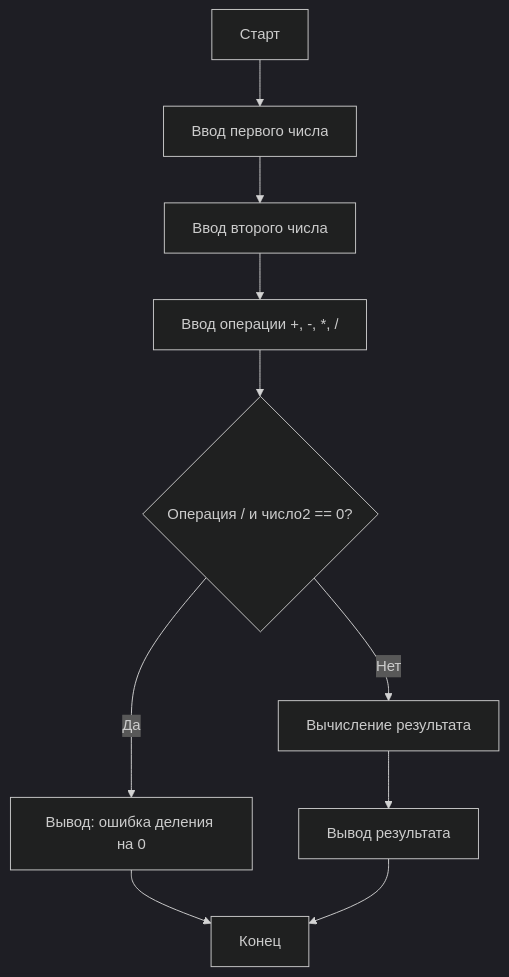
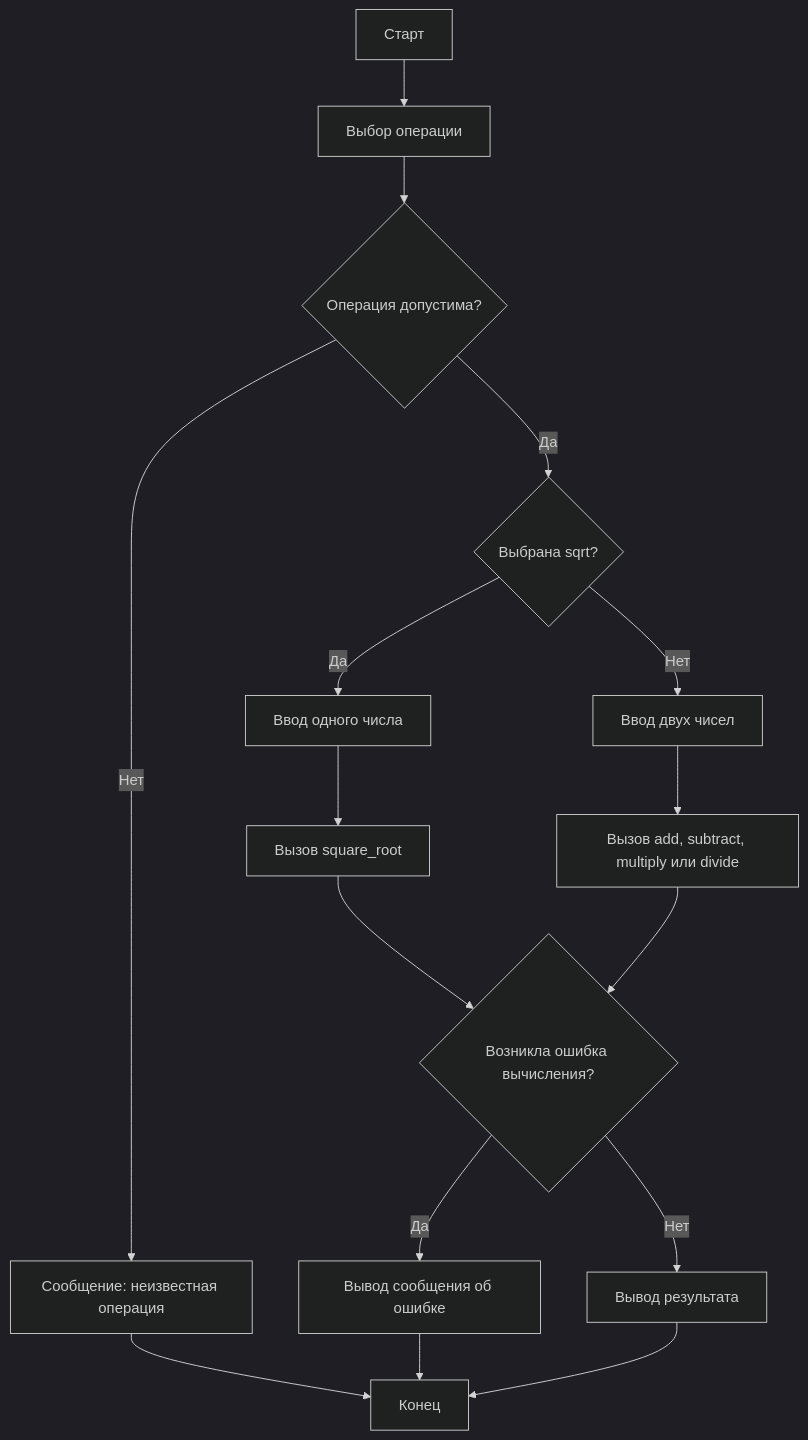
One commit to Punchfromthefuture/calculator changed the diagram in README.md. Above: the diagram before and after it, drawn with Mermaid (dark theme). The commit also changed other lines of this file and 2 other files, not shown here.

Commit message:
feat: добавить квадратный корень с документацией и схемой

````diff
--- a/README.md
+++ b/README.md
@@ -5,12 +5,18 @@
 ```mermaid
 graph TD
-    A[Старт] --> B[Ввод первого числа]
-    B --> C[Ввод второго числа]
-    C --> D[Ввод операции +, -, *, /]
-    D --> E{Операция / и число2 == 0?}
-    E -- Да --> F[Вывод: ошибка деления на 0]
-    E -- Нет --> G[Вычисление результата]
-    G --> H[Вывод результата]
-    F --> I[Конец]
-    H --> I
+    A["Старт"] --> B["Выбор операции"]
+    B --> C{"Операция допустима?"}
+    C -- Нет --> D["Сообщение: неизвестная операция"]
+    C -- Да --> E{"Выбрана sqrt?"}
+    E -- Да --> F["Ввод одного числа"]
+    F --> G["Вызов square_root"]
+    E -- Нет --> H["Ввод двух чисел"]
+    H --> I["Вызов add, subtract, multiply или divide"]
+    G --> J{"Возникла ошибка вычисления?"}
+    I --> J
+    J -- Да --> K["Вывод сообщения об ошибке"]
+    J -- Нет --> L["Вывод результата"]
+    D --> M["Конец"]
+    K --> M
+    L --> M
 ```
````
